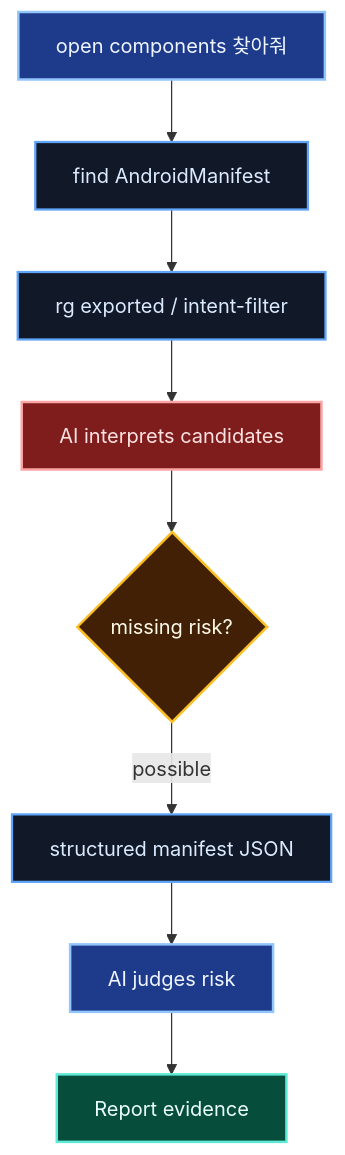
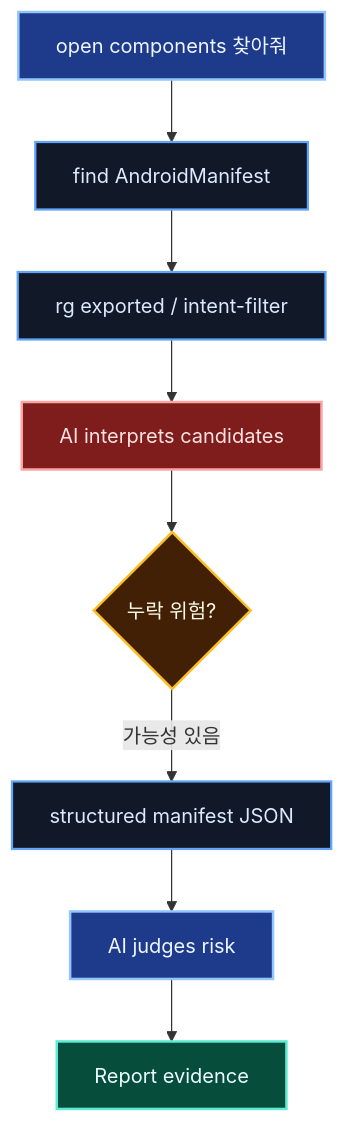
The tenth of 14 diagrams in content/decks/ai-agent-effective-use/mermaid-diagrams.md (koalav/present-anyything), drawn with Mermaid before and after one commit. The commit also changed other lines of this file and 19 other files, not shown here.

````diff
--- a/content/decks/ai-agent-effective-use/mermaid-diagrams.md
+++ b/content/decks/ai-agent-effective-use/mermaid-diagrams.md
@@ -248,15 +207,15 @@
 ```mermaid
 flowchart TB
   Ask["open components 찾아줘"]:::run --> Find[find AndroidManifest]:::step
   Find --> Grep[rg exported / intent-filter]:::step
   Grep --> Guess[AI interprets candidates]:::warn
-  Guess --> Miss{missing risk?}:::decision
-  Miss -->|possible| Extract[structured manifest JSON]:::step
+  Guess --> Miss{누락 위험?}:::decision
+  Miss -->|가능성 있음| Extract[structured manifest JSON]:::step
   Extract --> Judge[AI judges risk]:::run
   Judge --> Report[Report evidence]:::success
   classDef run fill:#1e3a8a,stroke:#93c5fd,color:#eff6ff,stroke-width:2px;
   classDef warn fill:#7f1d1d,stroke:#fca5a5,color:#fee2e2,stroke-width:2px;
   classDef step fill:#111827,stroke:#60a5fa,color:#dbeafe,stroke-width:1.8px;
   classDef decision fill:#422006,stroke:#fbbf24,color:#fffbeb,stroke-width:2px;
   classDef success fill:#064e3b,stroke:#5eead4,color:#ecfeff,stroke-width:2px;
 ```
````
